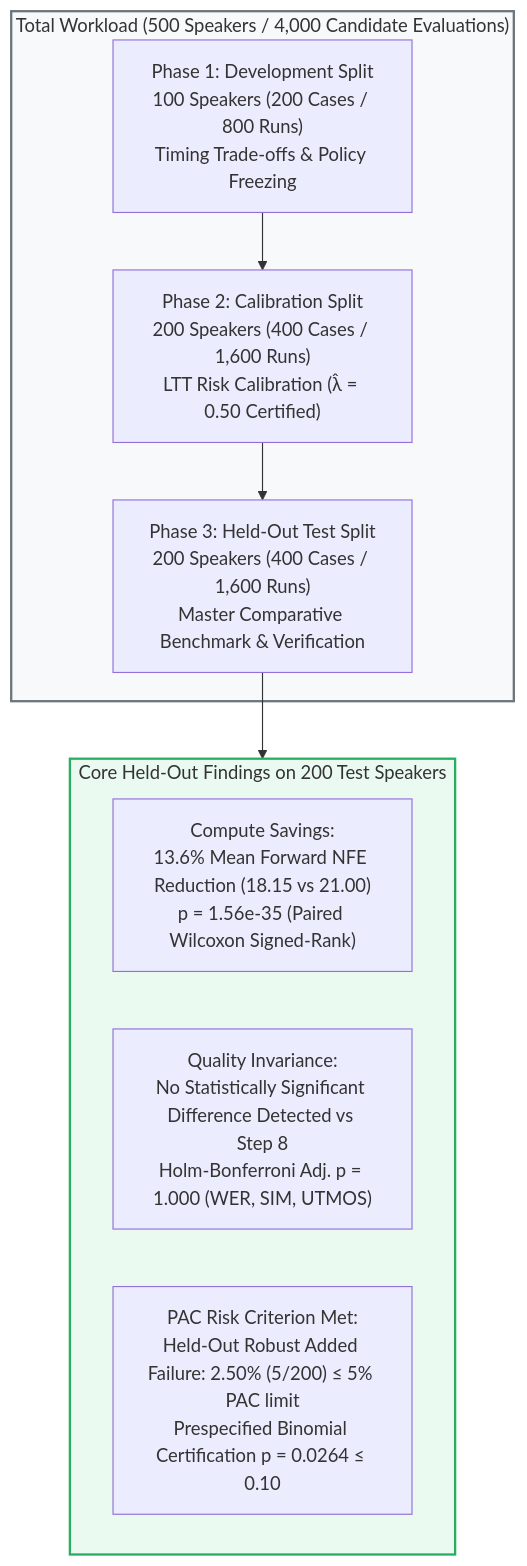
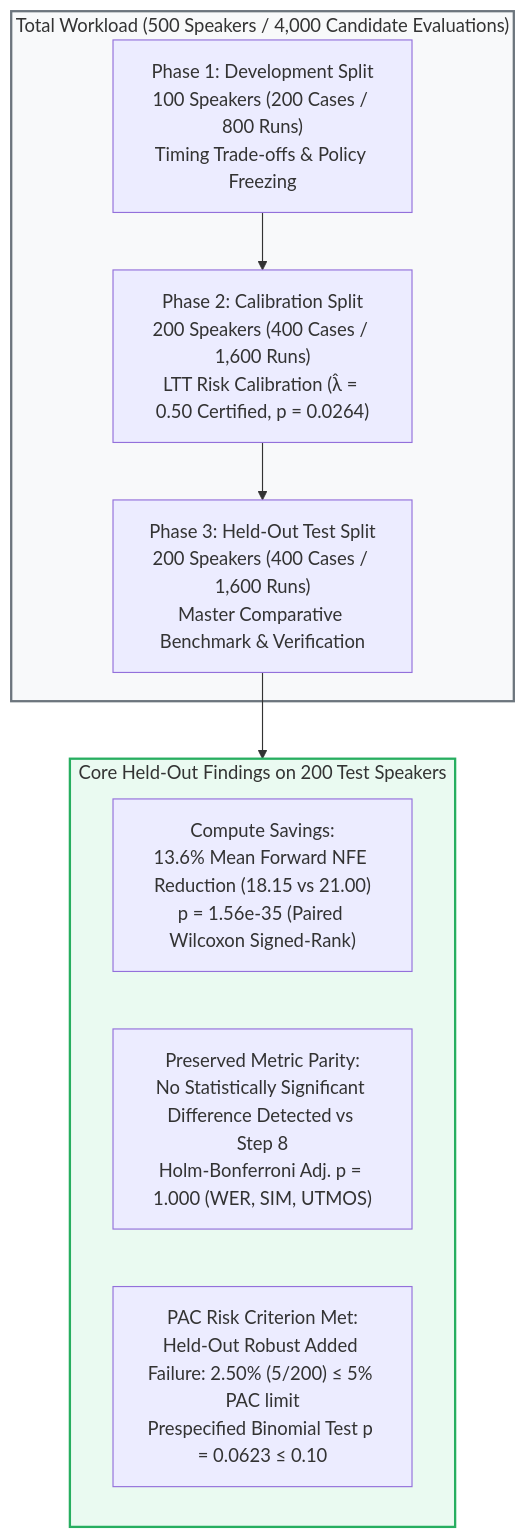
One commit to Shonget-Thesis/Shonget-DMOSpeech2 changed the diagram in Handover Scheduling/reports/CHAPTER3_MASTER_RESEARCH_REPORT.md. Above: the diagram before and after it, drawn with Mermaid. The commit also changed other lines of this file and 2 other files, not shown here.

````diff
--- a/Handover Scheduling/reports/CHAPTER3_MASTER_RESEARCH_REPORT.md
+++ b/Handover Scheduling/reports/CHAPTER3_MASTER_RESEARCH_REPORT.md
@@ -26,18 +26,18 @@
 ```mermaid
 flowchart TD
     subgraph S1 ["Total Workload (500 Speakers / 4,000 Candidate Evaluations)"]
         D1["Phase 1: Development Split<br/>100 Speakers (200 Cases / 800 Runs)<br/>Timing Trade-offs & Policy Freezing"]
-        D2["Phase 2: Calibration Split<br/>200 Speakers (400 Cases / 1,600 Runs)<br/>LTT Risk Calibration (λ̂ = 0.50 Certified)"]
+        D2["Phase 2: Calibration Split<br/>200 Speakers (400 Cases / 1,600 Runs)<br/>LTT Risk Calibration (λ̂ = 0.50 Certified, p = 0.0264)"]
         D3["Phase 3: Held-Out Test Split<br/>200 Speakers (400 Cases / 1,600 Runs)<br/>Master Comparative Benchmark & Verification"]
     end
 
     subgraph S2 ["Core Held-Out Findings on 200 Test Speakers"]
         R1["Compute Savings:<br/>13.6% Mean Forward NFE Reduction (18.15 vs 21.00)<br/>p = 1.56e-35 (Paired Wilcoxon Signed-Rank)"]
-        R2["Quality Invariance:<br/>No Statistically Significant Difference Detected vs Step 8<br/>Holm-Bonferroni Adj. p = 1.000 (WER, SIM, UTMOS)"]
-        R3["PAC Risk Criterion Met:<br/>Held-Out Robust Added Failure: 2.50% (5/200) ≤ 5% PAC limit<br/>Prespecified Binomial Certification p = 0.0264 ≤ 0.10"]
+        R2["Preserved Metric Parity:<br/>No Statistically Significant Difference Detected vs Step 8<br/>Holm-Bonferroni Adj. p = 1.000 (WER, SIM, UTMOS)"]
+        R3["PAC Risk Criterion Met:<br/>Held-Out Robust Added Failure: 2.50% (5/200) ≤ 5% PAC limit<br/>Prespecified Binomial Test p = 0.0623 ≤ 0.10"]
     end
 
     D1 --> D2 --> D3 --> S2
     style S1 fill:#f8f9fa,stroke:#6c757d,stroke-width:2px
     style S2 fill:#eafaf1,stroke:#27ae60,stroke-width:2px
 ```
````
